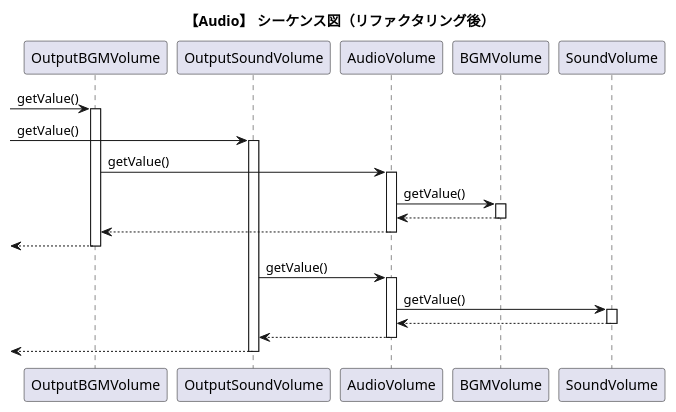
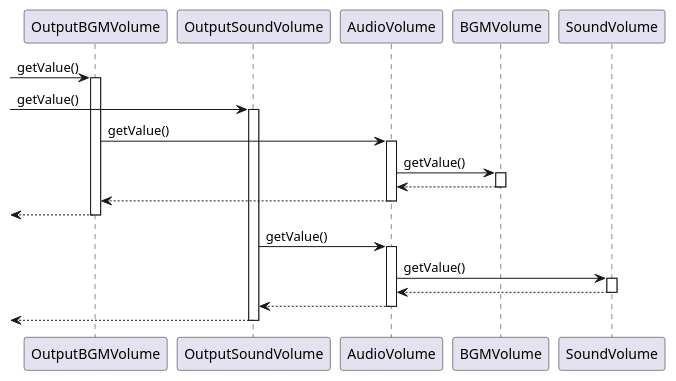
Before and after one commit to nitta-lab/TwoStagesModelingExperiments: the diagram in puml/sequences/audio_seq_pull_refactor.puml, drawn with PlantUML. The commit also changed 11 other files, not shown here.

```diff
--- a/puml/sequences/audio_seq_pull_refactor.puml
+++ b/puml/sequences/audio_seq_pull_refactor.puml
@@ -1,38 +1,37 @@
 @startuml audio_seq_pull_refactor 
-title "【Audio】 シーケンス図（リファクタリング後）"
 
 -> OutputBGMVolume : getValue()
 activate OutputBGMVolume
 
 -> OutputSoundVolume : getValue()
 activate OutputSoundVolume
 
 OutputBGMVolume -> AudioVolume : getValue()
 activate AudioVolume
 
 AudioVolume -> BGMVolume : getValue()
 activate BGMVolume
 BGMVolume --> AudioVolume
 deactivate BGMVolume
 
 AudioVolume --> OutputBGMVolume
 deactivate AudioVolume
 
 <-- OutputBGMVolume 
 deactivate OutputBGMVolume
 
 
 OutputSoundVolume -> AudioVolume : getValue()
 activate AudioVolume
 
 AudioVolume -> SoundVolume : getValue()
 activate SoundVolume
 SoundVolume --> AudioVolume
 deactivate SoundVolume
 
 AudioVolume --> OutputSoundVolume
 deactivate AudioVolume
 <-- OutputSoundVolume
 deactivate OutputSoundVolume
 
 @enduml
```
